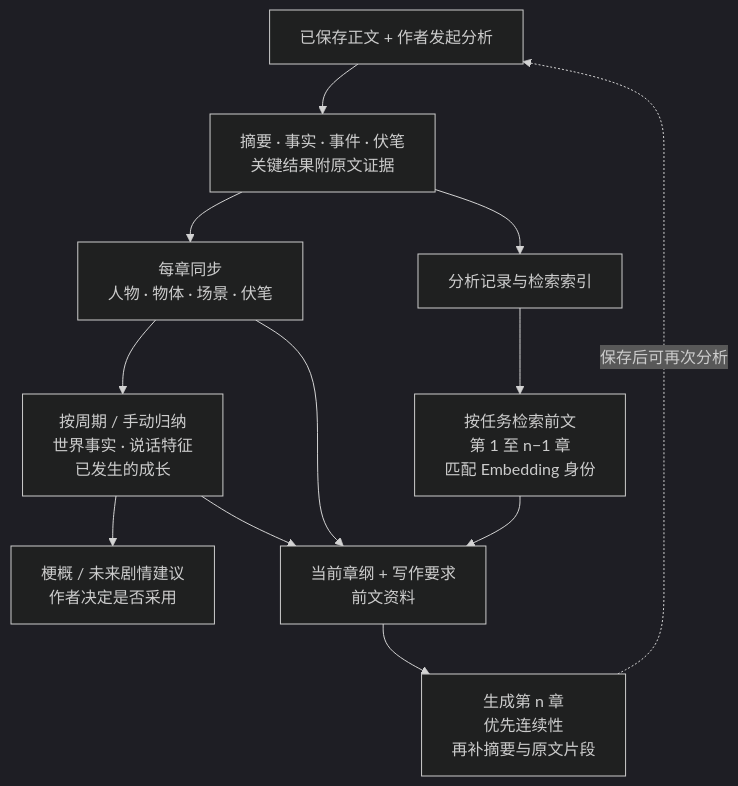
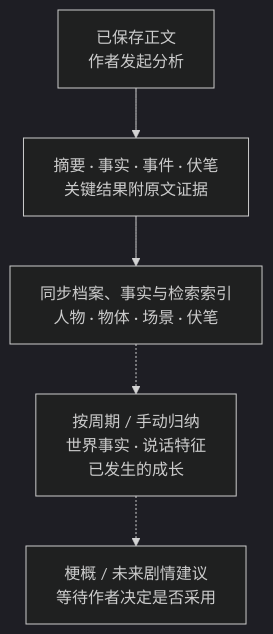
Before and after one commit to GTJasonMK/A4N: the fourth of 18 diagrams in README.md, drawn with Mermaid (dark theme). The commit also changed other lines of this file and 2 other files, not shown here.

First line of the commit message:
docs: fix README diagram flows and mobile readability

````diff
--- a/README.md
+++ b/README.md
@@ -87,16 +89,9 @@
 ```mermaid
 flowchart TB
-  accTitle: 章节分析、资料沉淀与后续写作的反馈循环
-  accDescr: 分析结果回指原文，每章同步当前事实，按周期归纳资料；检索前文章节为后续生成准备上下文，未来剧情建议需作者采用。
-  chapter["已保存正文 + 作者发起分析"] --> extract["摘要 · 事实 · 事件 · 伏笔<br/>关键结果附原文证据"]
-  extract --> profiles["每章同步<br/>人物 · 物体 · 场景 · 伏笔"]
-  extract --> index["分析记录与检索索引"]
-  profiles --> consolidate["按周期 / 手动归纳<br/>世界事实 · 说话特征<br/>已发生的成长"]
-  consolidate --> suggestions["梗概 / 未来剧情建议<br/>作者决定是否采用"]
-  profiles --> context["当前章纲 + 写作要求<br/>前文资料"]
-  index --> retrieval["按任务检索前文<br/>第 1 至 n−1 章<br/>匹配 Embedding 身份"]
-  retrieval --> context
-  consolidate --> context
-  context --> generation["生成第 n 章<br/>优先连续性<br/>再补摘要与原文片段"]
-  generation -.->|保存后可再次分析| chapter
+  accTitle: 章节分析与资料沉淀
+  accDescr: 作者对已保存正文发起分析，提取结果保留原文证据，再同步档案、事实与检索索引。低频资料按周期或手动归纳，可能产生待作者采用的未来剧情建议。
+  chapter["已保存正文<br/>作者发起分析"] --> extract["摘要 · 事实 · 事件 · 伏笔<br/>关键结果附原文证据"]
+  extract --> material["同步档案、事实与检索索引<br/>人物 · 物体 · 场景 · 伏笔"]
+  material -.-> consolidate["按周期 / 手动归纳<br/>世界事实 · 说话特征<br/>已发生的成长"]
+  consolidate -.-> suggestions["梗概 / 未来剧情建议<br/>等待作者决定是否采用"]
 ```
````
